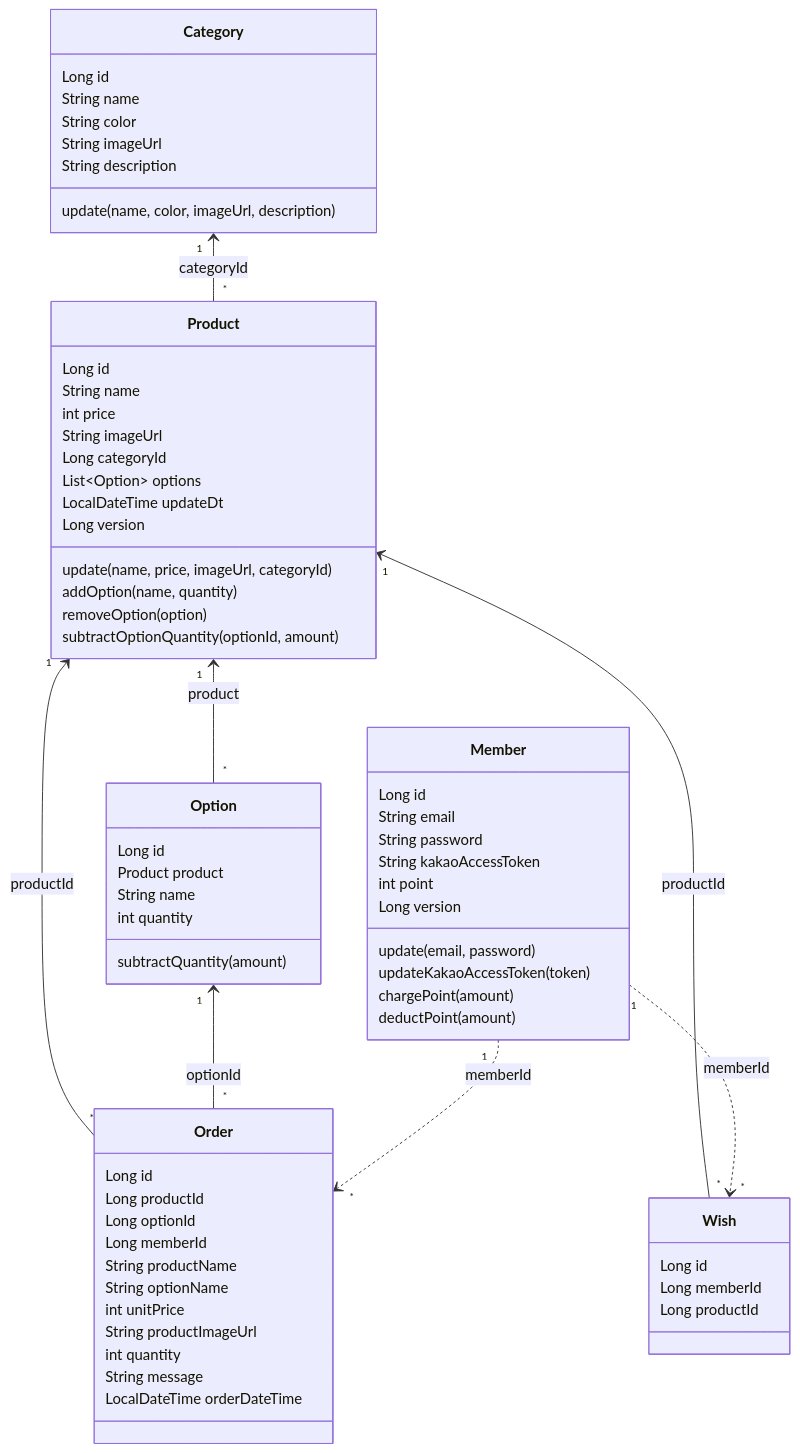
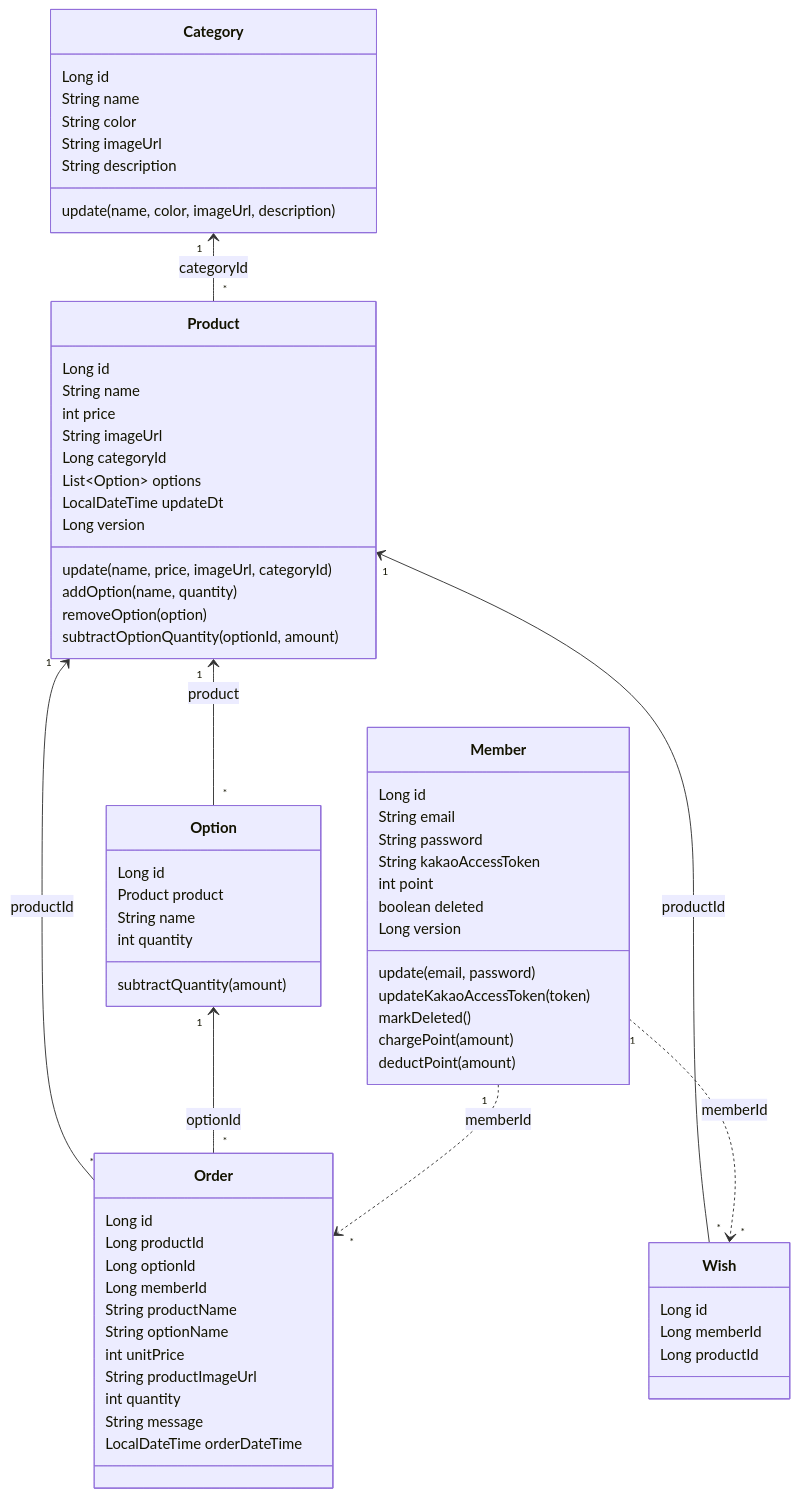
The first of 2 diagrams in docs/object-modeling-current-state.md (tongnamuu/spring-gift), drawn with Mermaid before and after one commit. The commit also changed other lines of this file and 21 other files, not shown here.

````diff
--- a/docs/object-modeling-current-state.md
+++ b/docs/object-modeling-current-state.md
@@ -32,75 +32,77 @@
 ```mermaid
 classDiagram
     class Category {
         Long id
         String name
         String color
         String imageUrl
         String description
         update(name, color, imageUrl, description)
     }
 
     class Product {
         Long id
         String name
         int price
         String imageUrl
         Long categoryId
         List~Option~ options
         LocalDateTime updateDt
         Long version
         update(name, price, imageUrl, categoryId)
         addOption(name, quantity)
         removeOption(option)
         subtractOptionQuantity(optionId, amount)
     }
 
     class Option {
         Long id
         Product product
         String name
         int quantity
         subtractQuantity(amount)
     }
 
     class Member {
         Long id
         String email
         String password
         String kakaoAccessToken
         int point
+        boolean deleted
         Long version
         update(email, password)
         updateKakaoAccessToken(token)
+        markDeleted()
         chargePoint(amount)
         deductPoint(amount)
     }
 
     class Wish {
         Long id
         Long memberId
         Long productId
     }
 
     class Order {
         Long id
         Long productId
         Long optionId
         Long memberId
         String productName
         String optionName
         int unitPrice
         String productImageUrl
         int quantity
         String message
         LocalDateTime orderDateTime
     }
 
     Category "1" <-- "*" Product : categoryId
     Product "1" <-- "*" Option : product
     Product "1" <-- "*" Wish : productId
     Product "1" <-- "*" Order : productId
     Option "1" <-- "*" Order : optionId
     Member "1" ..> "*" Wish : memberId
     Member "1" ..> "*" Order : memberId
 ```
````
